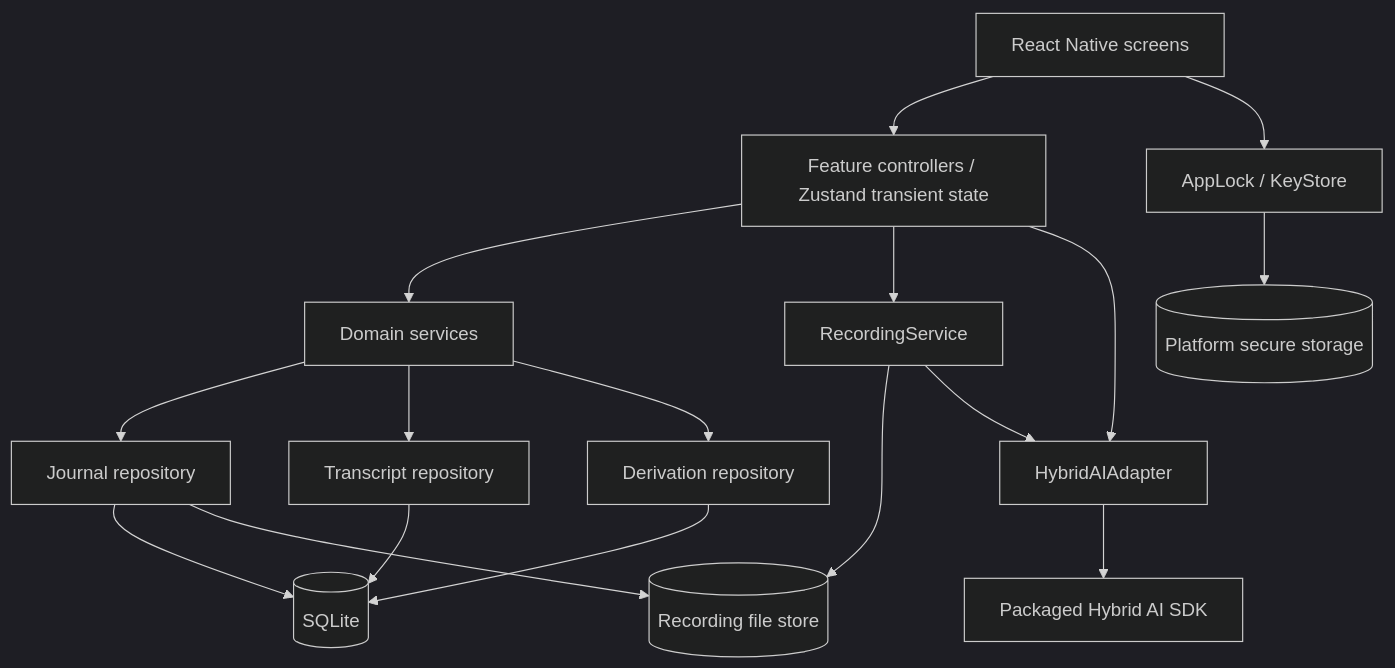
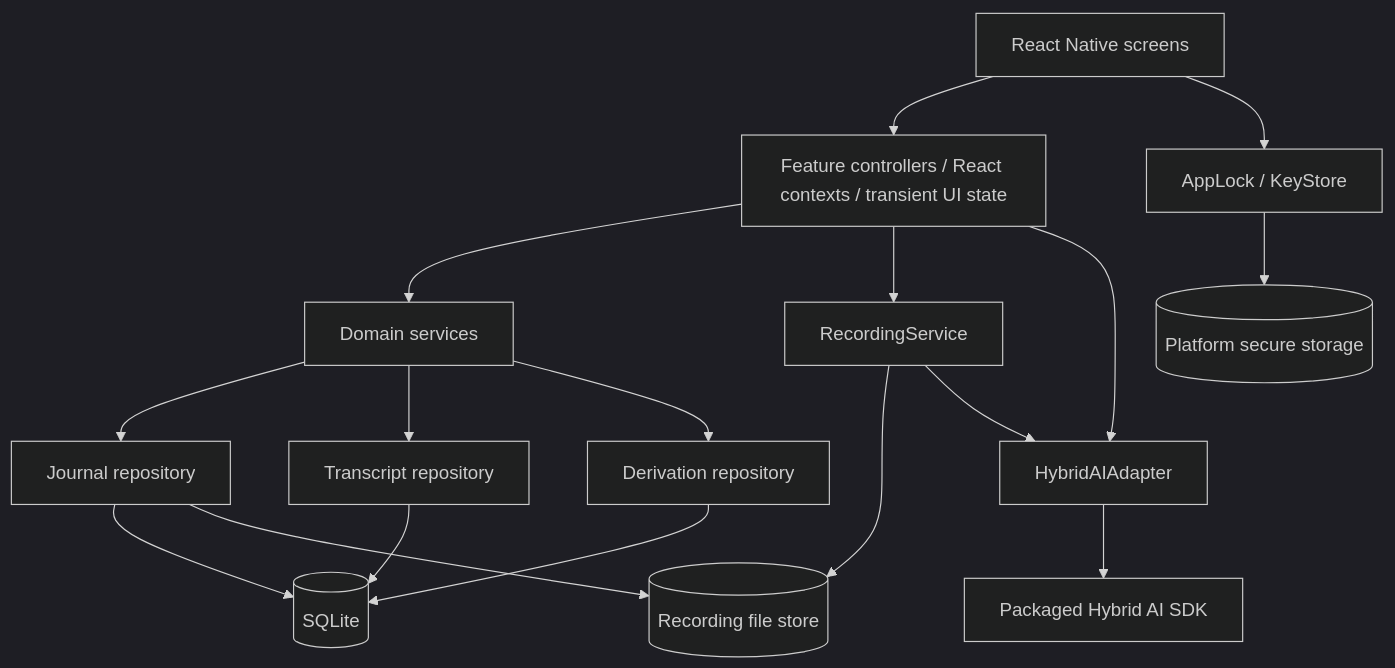
Before and after one commit to ashrithyvs/audio-journal: the third of 11 diagrams in docs/uml-diagrams.md, drawn with Mermaid (dark theme). The commit also changed other lines of this file and 10 other files, not shown here.

````diff
--- a/docs/uml-diagrams.md
+++ b/docs/uml-diagrams.md
@@ -16,26 +35,26 @@
 ```mermaid
 flowchart TB
     Screens[React Native screens]
-    Features[Feature controllers / Zustand transient state]
+    Features[Feature controllers / React contexts / transient UI state]
     Domain[Domain services]
     JournalRepo[Journal repository]
     TranscriptRepo[Transcript repository]
     DerivationRepo[Derivation repository]
     DB[(SQLite)]
     FileStore[(Recording file store)]
     Recorder[RecordingService]
     Security[AppLock / KeyStore]
     SecureStore[(Platform secure storage)]
     AI[HybridAIAdapter]
     SDK[Packaged Hybrid AI SDK]
 
     Screens --> Features --> Domain
     Domain --> JournalRepo --> DB
     Domain --> TranscriptRepo --> DB
     Domain --> DerivationRepo --> DB
     JournalRepo --> FileStore
     Features --> Recorder --> FileStore
     Screens --> Security --> SecureStore
     Features --> AI --> SDK
     Recorder --> AI
 ```
````
